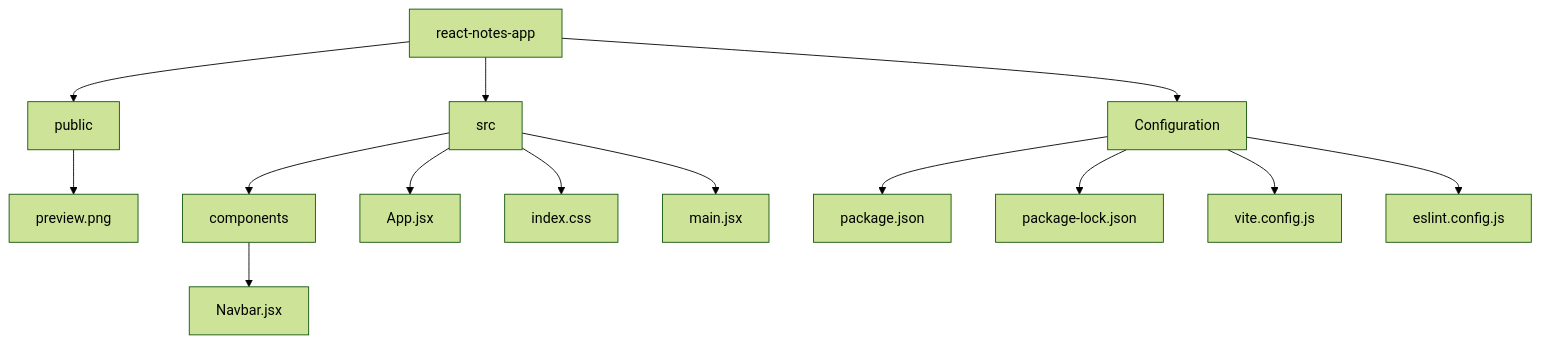
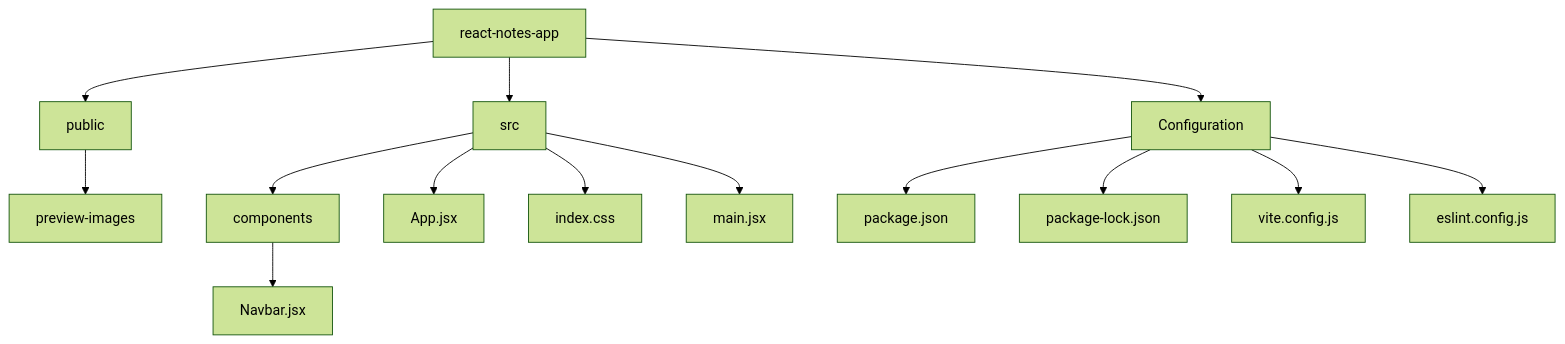
The first of 2 diagrams in README.md (hadiashah01/react-notes-app), drawn with Mermaid (forest theme) before and after one commit. The commit also changed other lines of this file and 6 other files, not shown here.

Commit message:
feat: update README with new preview images and enhance feature descriptions

````diff
--- a/README.md
+++ b/README.md
@@ -82,20 +86,20 @@
 ```mermaid
 graph TD
     A[react-notes-app] --> B[public]
     A --> C[src]
     A --> D[Configuration]
 
-    B --> B1[preview.png]
+    B --> B1[preview-images]
 
     C --> C1[components]
     C --> C2[App.jsx]
     C --> C3[index.css]
     C --> C4[main.jsx]
 
     C1 --> C11[Navbar.jsx]
 
     D --> D1[package.json]
     D --> D2[package-lock.json]
     D --> D3[vite.config.js]
     D --> D4[eslint.config.js]
 ```
````
